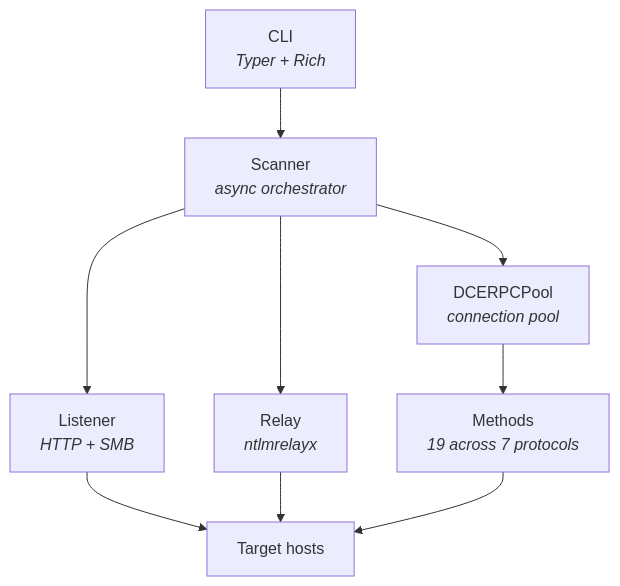
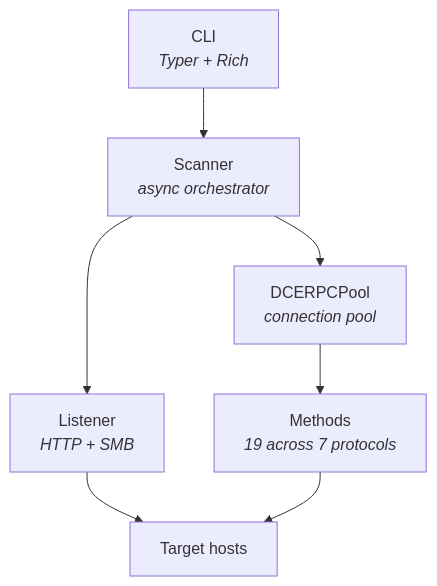
The diagram in README.md (nonsleepr/coercex), drawn with Mermaid before and after one commit. The commit also changed other lines of this file and 8 other files, not shown here.

````diff
--- a/README.md
+++ b/README.md
@@ -204,19 +202,16 @@
 ```mermaid
 graph TD
     CLI["CLI<br/><i>Typer + Rich</i>"]
     Scanner["Scanner<br/><i>async orchestrator</i>"]
     Pool["DCERPCPool<br/><i>connection pool</i>"]
     Listener["Listener<br/><i>HTTP + SMB</i>"]
-    Relay["Relay<br/><i>ntlmrelayx</i>"]
     Methods["Methods<br/><i>19 across 7 protocols</i>"]
     Targets["Target hosts"]
 
     CLI --> Scanner
     Scanner --> Pool
     Scanner --> Listener
-    Scanner --> Relay
     Pool --> Methods
     Listener --> Targets
-    Relay --> Targets
     Methods --> Targets
 ```
````
